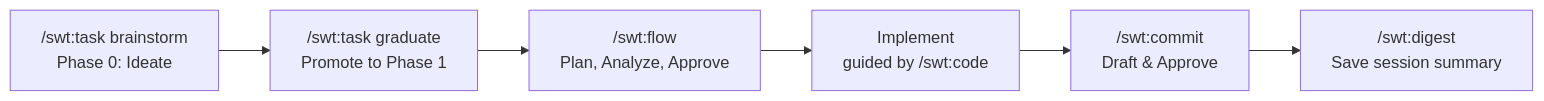
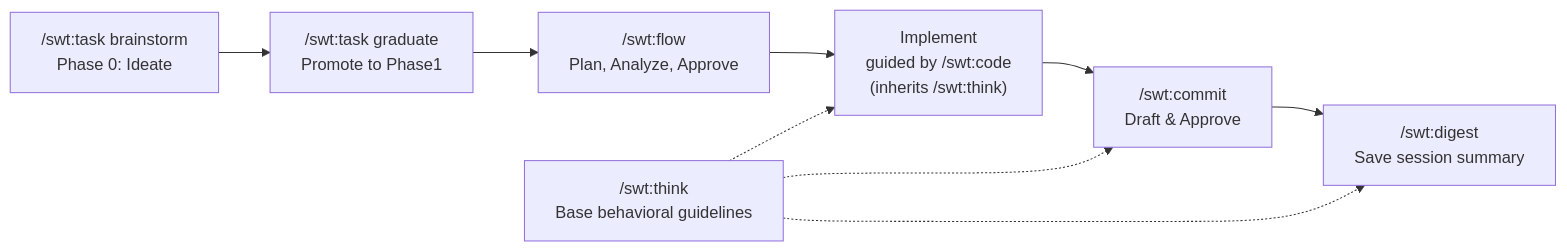
The diagram in SKILLS.md (smashweaver/simple-workflow-toolkit), drawn with Mermaid before and after one commit. The commit also changed other lines of this file and 9 other files, not shown here.

First line of the commit message:
feat(skills): add swt:think base behavioral skill for text generation

````diff
--- a/SKILLS.md
+++ b/SKILLS.md
@@ -13,8 +13,11 @@
 ```mermaid
 flowchart LR
-    A["/swt:task brainstorm\nPhase 0: Ideate"] --> B["/swt:task graduate\nPromote to Phase 1"]
+    A["/swt:task brainstorm\nPhase 0: Ideate"] --> B["/swt:task graduate\nPromote to Phase1"]
     B --> C["/swt:flow\nPlan, Analyze, Approve"]
-    C --> D["Implement\nguided by /swt:code"]
+    C --> D["Implement\nguided by /swt:code\n(inherits /swt:think)"]
     D --> E["/swt:commit\nDraft & Approve"]
     E --> F["/swt:digest\nSave session summary"]
+    G["/swt:think\nBase behavioral guidelines"] -.-> D
+    G -.-> E
+    G -.-> F
 ```
````
